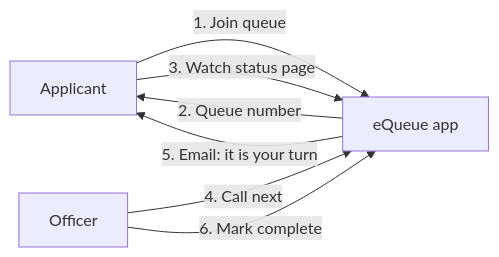
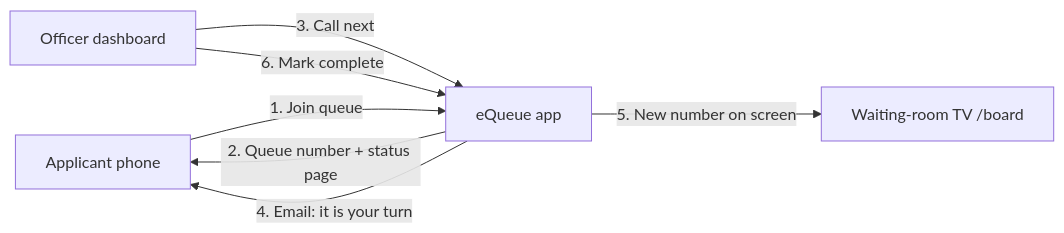
The first of 5 diagrams in README.md (kinuthia-mark/Equeue-project), drawn with Mermaid before and after one commit. The commit also changed other lines of this file and 31 other files, not shown here.

First line of the commit message:
Add wait estimates, display board, leave queue, Docker and screenshots

````diff
--- a/README.md
+++ b/README.md
@@ -28,9 +138,9 @@
 ```mermaid
 flowchart LR
-    A[Applicant] -->|1. Join queue| S[eQueue app]
-    S -->|2. Queue number| A
-    A -->|3. Watch status page| S
-    O[Officer] -->|4. Call next| S
-    S -->|5. Email: it is your turn| A
+    A[Applicant phone] -->|1. Join queue| S[eQueue app]
+    S -->|2. Queue number + status page| A
+    O[Officer dashboard] -->|3. Call next| S
+    S -->|4. Email: it is your turn| A
+    S -->|5. New number on screen| T[Waiting-room TV /board]
     O -->|6. Mark complete| S
 ```
````
